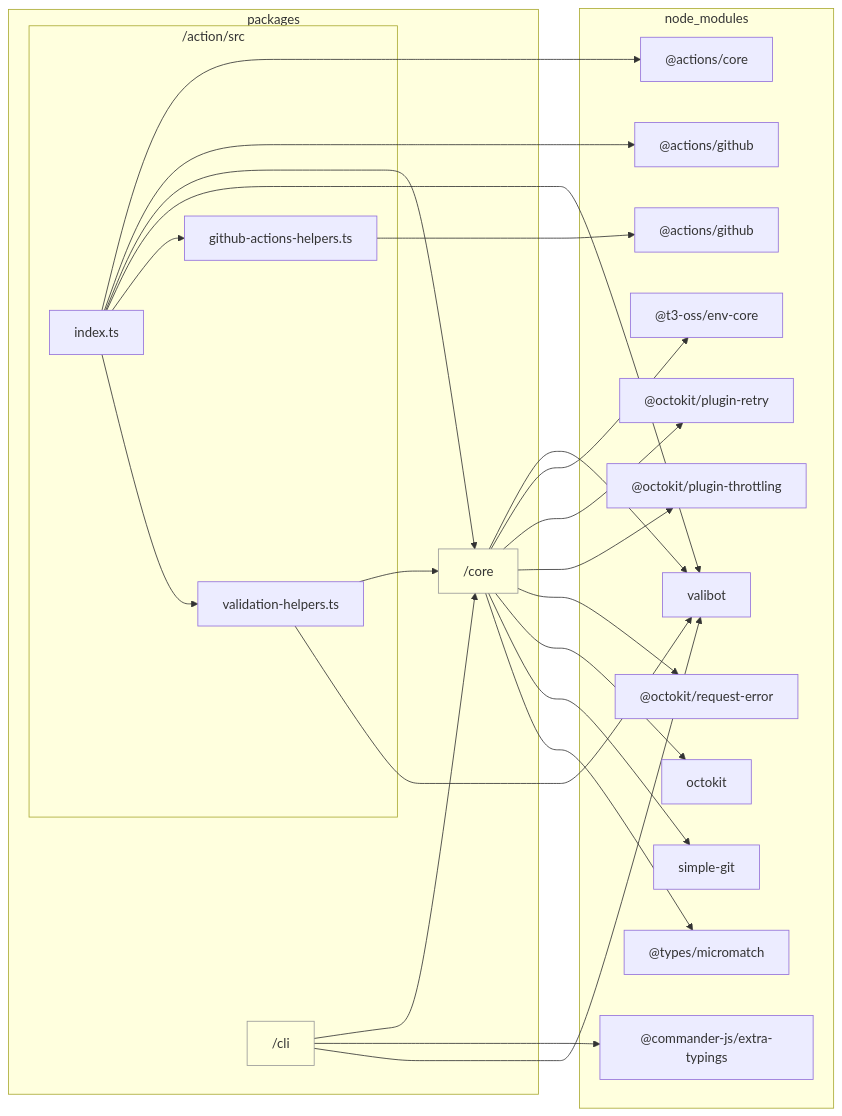
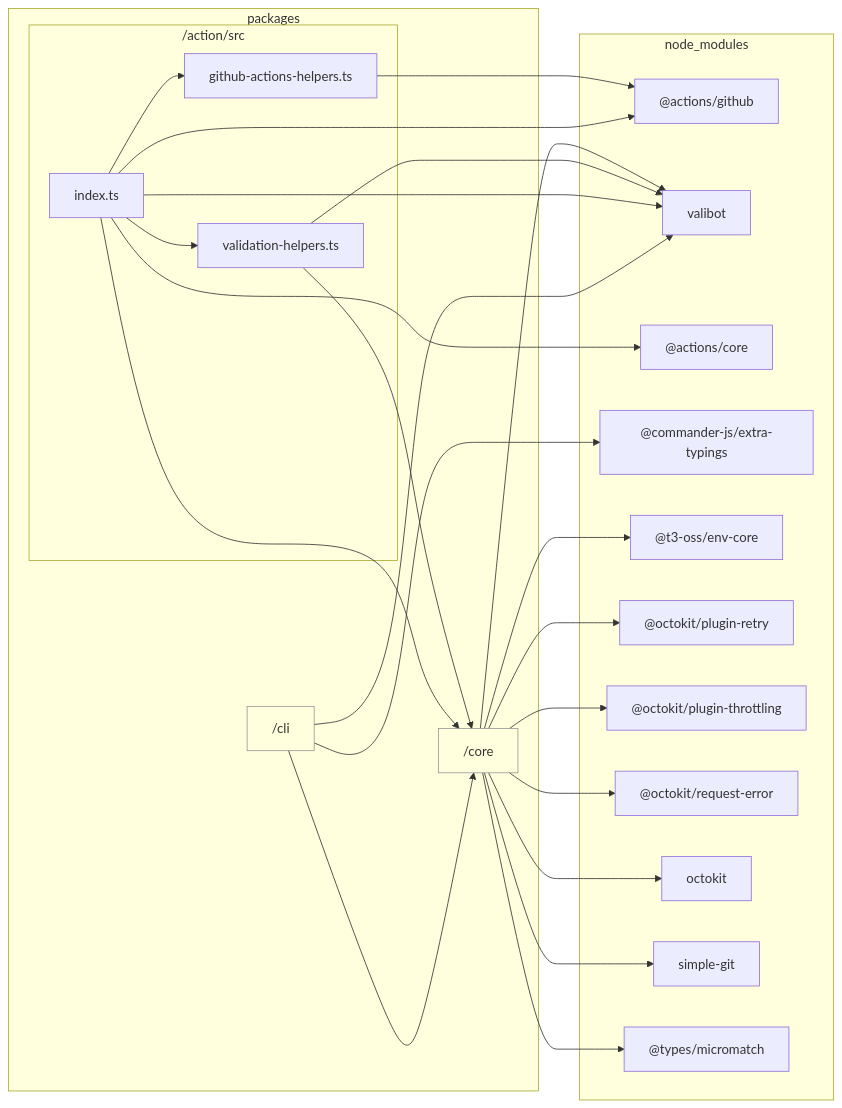
One commit to sugurutakahashi-1234/issue-linker changed the diagram in docs/reports/dependencies/action.md. Above: the diagram before and after it, drawn with Mermaid. The commit also changed 16 other files, not shown here.

````diff
--- a/docs/reports/dependencies/action.md
+++ b/docs/reports/dependencies/action.md
@@ -7,47 +7,46 @@
 ```mermaid
 flowchart LR
     classDef dir fill:#0000,stroke:#999
     subgraph packages["packages"]
         packages/core["/core"]:::dir
         packages/cli["/cli"]:::dir
         subgraph packages/action/src["/action/src"]
             packages/action/src/github//actions//helpers.ts["github-actions-helpers.ts"]
             packages/action/src/validation//helpers.ts["validation-helpers.ts"]
             packages/action/src/index.ts["index.ts"]
         end
     end
     subgraph node//modules["node_modules"]
-        node//modules///actions/github/lib/context.d.ts["@actions/github"]
+        node//modules///actions/github/lib/github.d.ts["@actions/github"]
         node//modules/valibot/dist/index.d.cts["valibot"]
         node//modules///actions/core/lib/core.d.ts["@actions/core"]
-        node//modules///actions/github/lib/github.d.ts["@actions/github"]
         node//modules///commander//js/extra//typings/index.d.ts["@commander-js/extra-typings"]
         node//modules///t3//oss/env//core/dist/index.d.ts["@t3-oss/env-core"]
         node//modules///octokit/plugin//retry/dist//types/index.d.ts["@octokit/plugin-retry"]
         node//modules///octokit/plugin//throttling/dist//types/index.d.ts["@octokit/plugin-throttling"]
         node//modules///octokit/request//error/dist//types/index.d.ts["@octokit/request-error"]
         node//modules/octokit/dist//types/index.d.ts["octokit"]
-        node//modules/simple//git/dist/typings/index.d.ts["simple-git"]
+        node//modules/simple//git/dist/index.d.ts["simple-git"]
         node//modules///types/micromatch/index.d.ts["@types/micromatch"]
     end
-    packages/action/src/github//actions//helpers.ts-->node//modules///actions/github/lib/context.d.ts
+    packages/action/src/github//actions//helpers.ts-->node//modules///actions/github/lib/github.d.ts
     packages/core-->node//modules/valibot/dist/index.d.cts
     packages/action/src/validation//helpers.ts-->packages/core
     packages/action/src/validation//helpers.ts-->node//modules/valibot/dist/index.d.cts
     packages/action/src/index.ts-->node//modules///actions/core/lib/core.d.ts
     packages/action/src/index.ts-->node//modules///actions/github/lib/github.d.ts
     packages/action/src/index.ts-->packages/core
     packages/action/src/index.ts-->node//modules/valibot/dist/index.d.cts
     packages/action/src/index.ts-->packages/action/src/github//actions//helpers.ts
     packages/action/src/index.ts-->packages/action/src/validation//helpers.ts
     packages/cli-->packages/core
     packages/cli-->node//modules///commander//js/extra//typings/index.d.ts
     packages/cli-->node//modules/valibot/dist/index.d.cts
     packages/core-->node//modules///t3//oss/env//core/dist/index.d.ts
     packages/core-->node//modules///octokit/plugin//retry/dist//types/index.d.ts
     packages/core-->node//modules///octokit/plugin//throttling/dist//types/index.d.ts
     packages/core-->node//modules///octokit/request//error/dist//types/index.d.ts
     packages/core-->node//modules/octokit/dist//types/index.d.ts
-    packages/core-->node//modules/simple//git/dist/typings/index.d.ts
+    packages/core-->node//modules/simple//git/dist/index.d.ts
     packages/core-->node//modules///types/micromatch/index.d.ts
 ```
````
